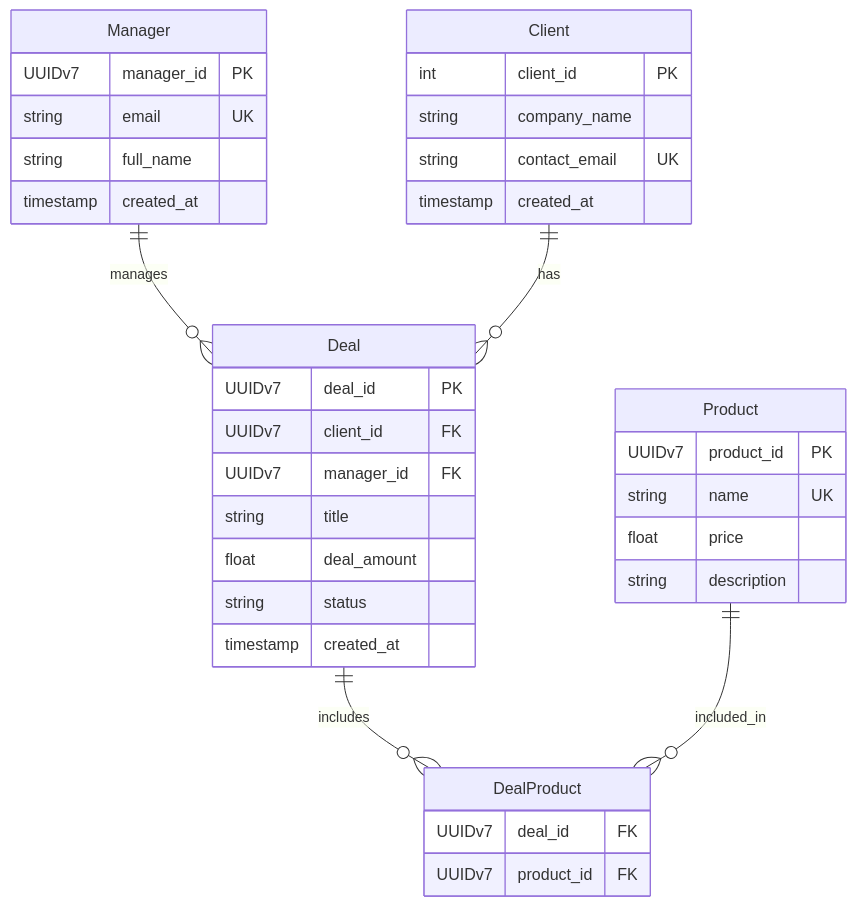
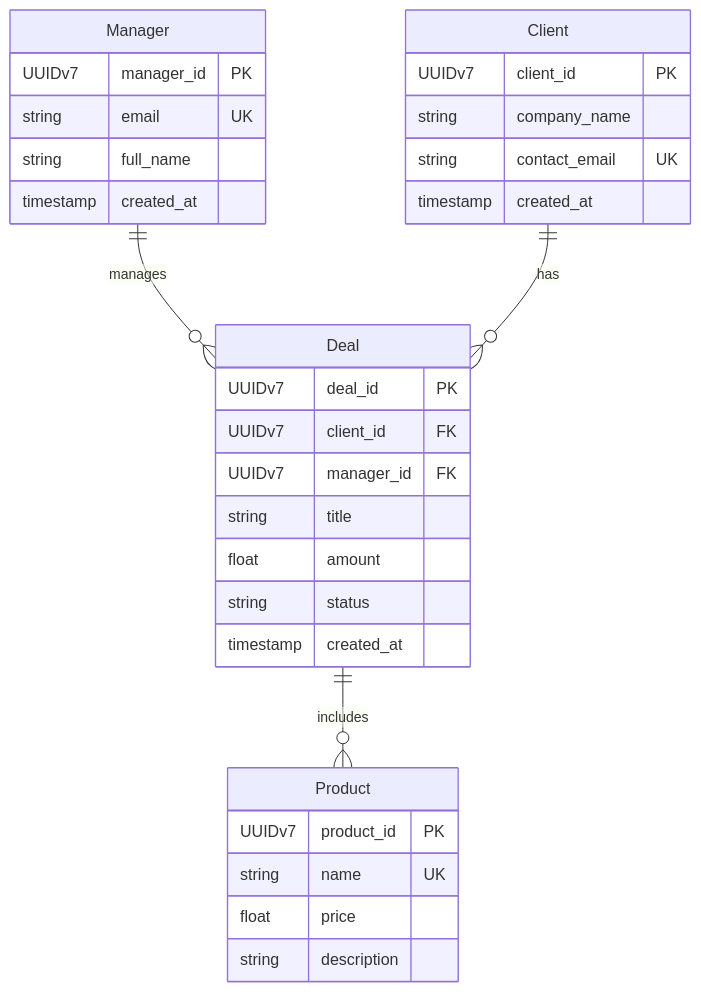
One commit to VitalityTech/SRMA_Labs changed the diagram in lab1/model/er-diagram.mmd. Above: the diagram before and after it, drawn with Mermaid. The commit also changed 1 other file, not shown here.

Commit message:
feat(model): fix ERD types and remove associative entity based on update spec

```diff
--- a/lab1/model/er-diagram.mmd
+++ b/lab1/model/er-diagram.mmd
@@ -1,39 +1,32 @@
 erDiagram
     Manager ||--o{ Deal : manages
     Client ||--o{ Deal : has
-
-    %% Помилка: замість прямого зв'язку M:N створено сполучну таблицю
-    Deal ||--o{ DealProduct : includes
-    Product ||--o{ DealProduct : included_in
+    Deal ||--o{ Product : includes
 
     Manager {
         UUIDv7 manager_id PK
         string email UK
         string full_name
         timestamp created_at
     }
     Client {
-        int client_id PK
+        UUIDv7 client_id PK
         string company_name
         string contact_email UK
         timestamp created_at
     }
     Deal {
         UUIDv7 deal_id PK
         UUIDv7 client_id FK
         UUIDv7 manager_id FK
         string title
-        float deal_amount
+        float amount
         string status
         timestamp created_at
     }
     Product {
         UUIDv7 product_id PK
         string name UK
         float price
         string description
     }
-    DealProduct {
-        UUIDv7 deal_id FK
-        UUIDv7 product_id FK
-    }
```
